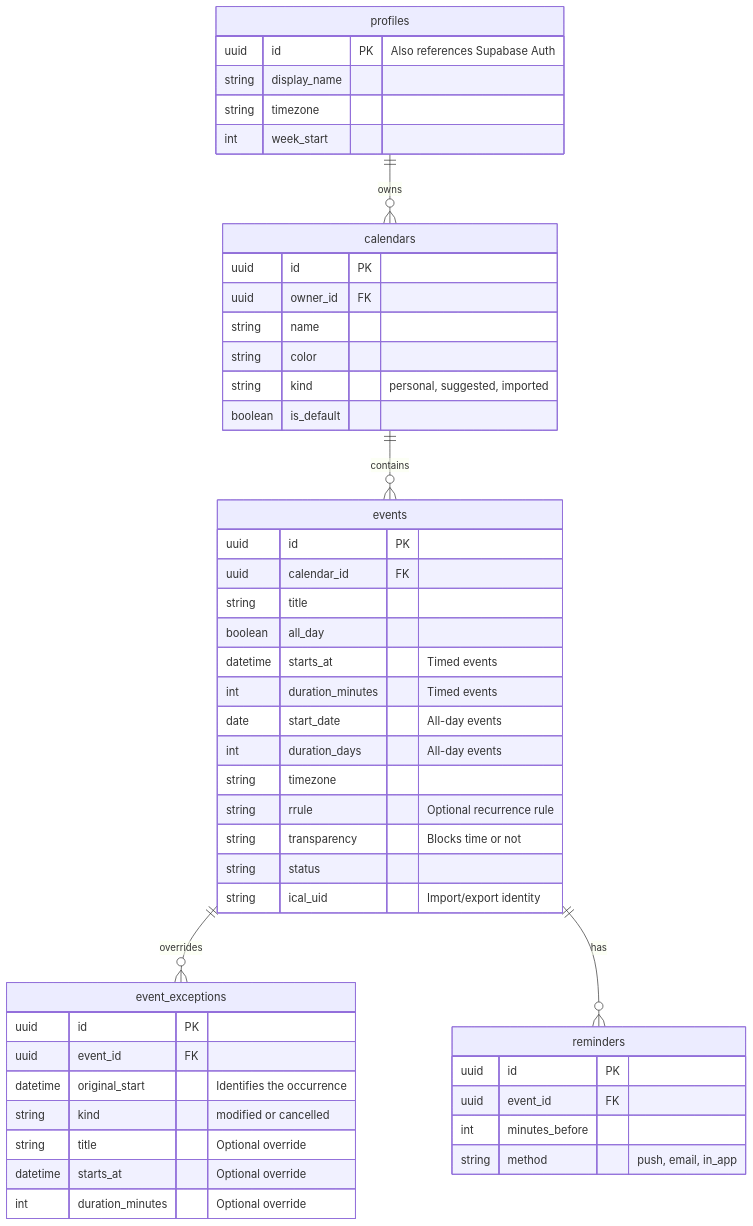
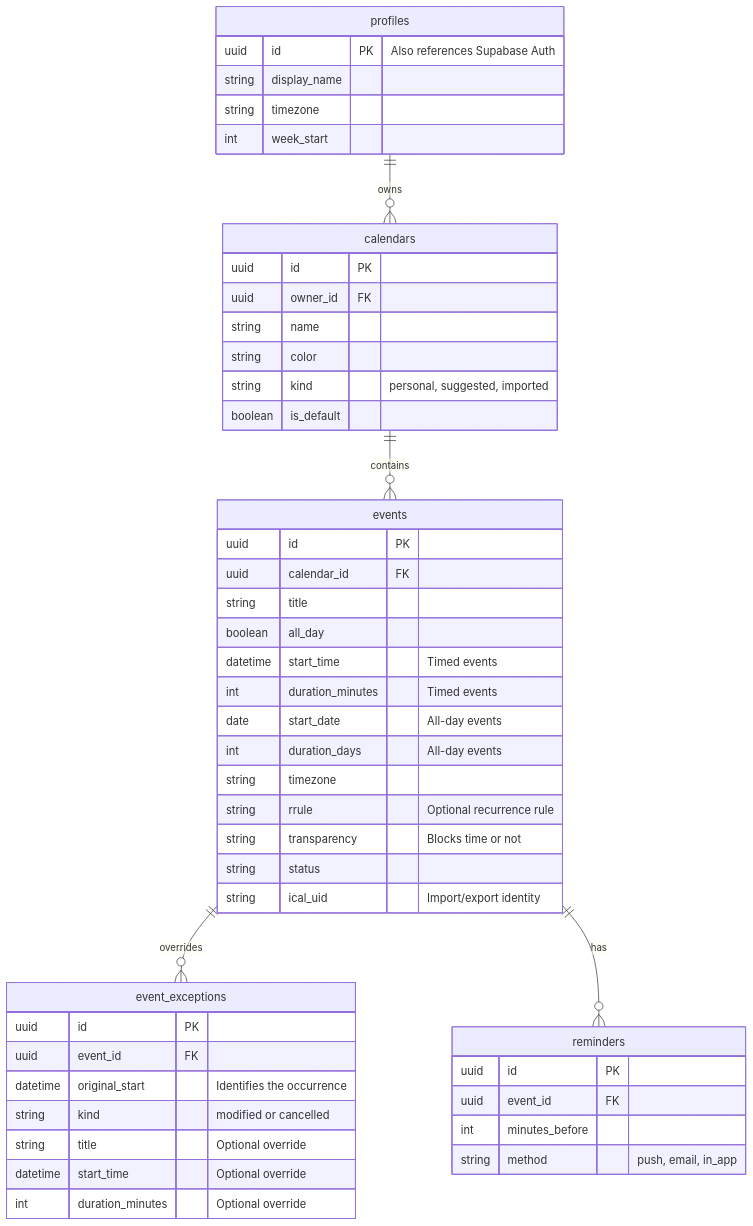
The first of 2 diagrams in README.md (LacsJP27/Caldochi), drawn with Mermaid before and after one commit. The commit also changed 2 other files, not shown here.

Commit message:
core tables: profiles, calendar, and events

````diff
--- a/README.md
+++ b/README.md
@@ -31,56 +31,56 @@
 ```mermaid
 erDiagram
     profiles ||--o{ calendars : owns
     calendars ||--o{ events : contains
     events ||--o{ event_exceptions : overrides
     events ||--o{ reminders : has
 
     profiles {
         uuid id PK "Also references Supabase Auth"
         string display_name
         string timezone
         int week_start
     }
 
     calendars {
         uuid id PK
         uuid owner_id FK
         string name
         string color
         string kind "personal, suggested, imported"
         boolean is_default
     }
 
     events {
         uuid id PK
         uuid calendar_id FK
         string title
         boolean all_day
-        datetime starts_at "Timed events"
+        datetime start_time "Timed events"
         int duration_minutes "Timed events"
         date start_date "All-day events"
         int duration_days "All-day events"
         string timezone
         string rrule "Optional recurrence rule"
         string transparency "Blocks time or not"
         string status
         string ical_uid "Import/export identity"
     }
 
     event_exceptions {
         uuid id PK
         uuid event_id FK
         datetime original_start "Identifies the occurrence"
         string kind "modified or cancelled"
         string title "Optional override"
-        datetime starts_at "Optional override"
+        datetime start_time "Optional override"
         int duration_minutes "Optional override"
     }
 
     reminders {
         uuid id PK
         uuid event_id FK
         int minutes_before
         string method "push, email, in_app"
     }
 ```
````
